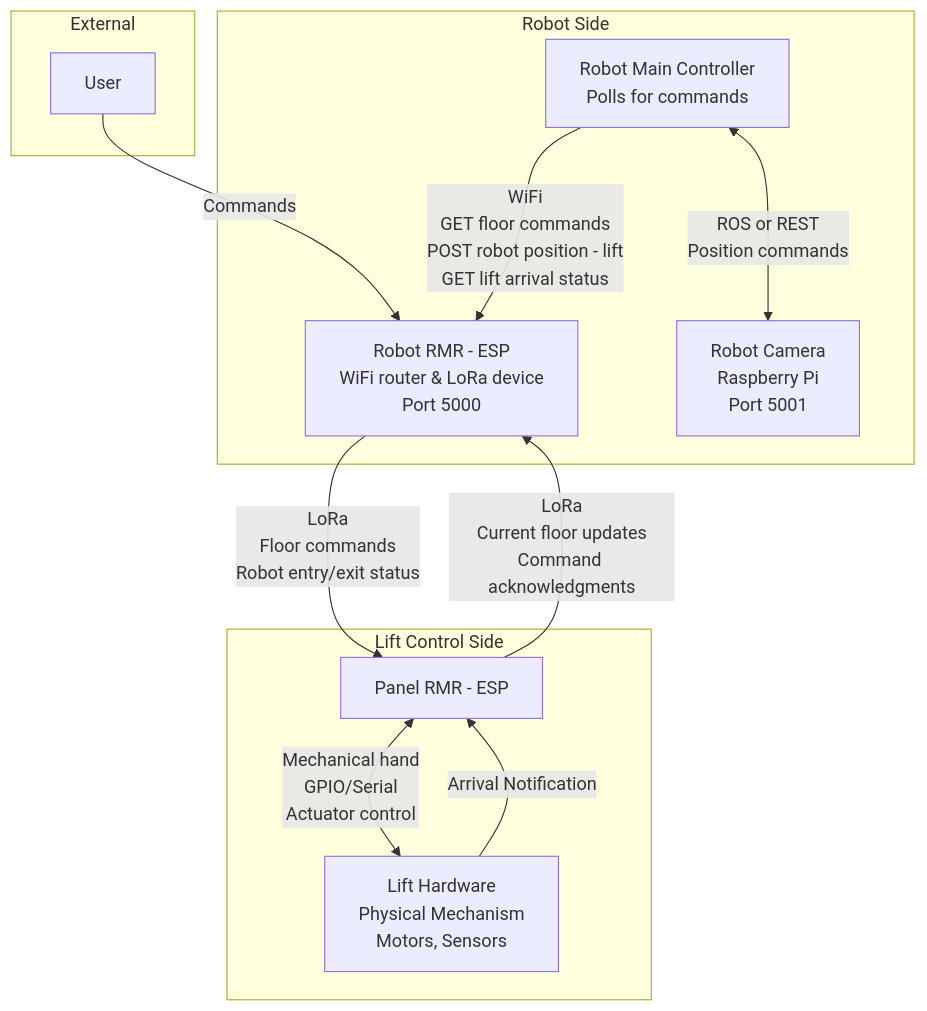
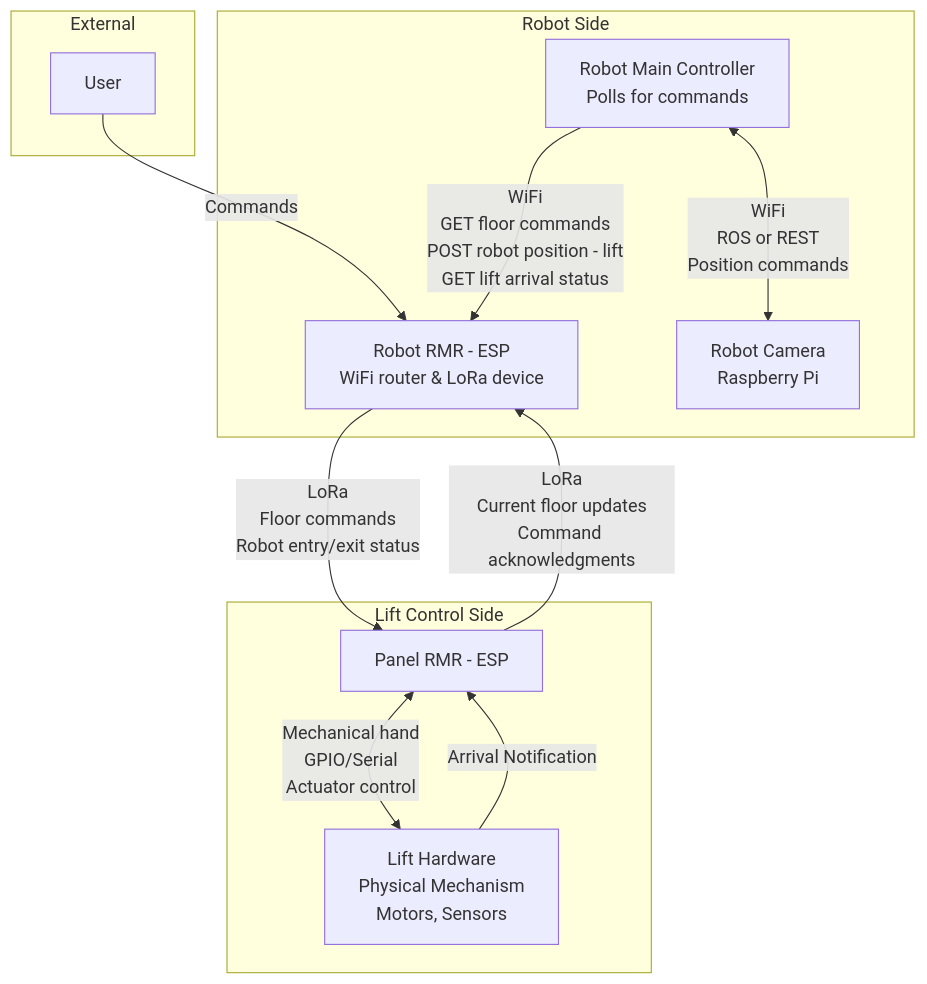
The first of 2 diagrams in sequence_diagram.md (in-is-ah/rmr), drawn with Mermaid before and after one commit.

Commit message:
Remove unnecessary line breaks in sequence diagram

````diff
--- a/sequence_diagram.md
+++ b/sequence_diagram.md
@@ -5,25 +5,25 @@
 ```mermaid
 graph TB
     subgraph "External"
         User[User]
     end
     
     subgraph "Robot Side"
-        RobotRMR[Robot RMR - ESP<br/>WiFi router & LoRa device<br/>Port 5000]
+        RobotRMR[Robot RMR - ESP<br/>WiFi router & LoRa device]
         RobotMainController[Robot Main Controller<br/>Polls for commands]
-        RobotCamera[Robot Camera<br/>Raspberry Pi<br/>Port 5001]
+        RobotCamera[Robot Camera<br/>Raspberry Pi]
     end
     
     subgraph "Lift Control Side"
         PanelRMR[Panel RMR - ESP]
         LiftHardware[Lift Hardware<br/>Physical Mechanism<br/>Motors, Sensors]
     end
     
     User -->|Commands| RobotRMR
     RobotMainController -->|WiFi<br/>GET floor commands<br/>POST robot position - lift<br/>GET lift arrival status| RobotRMR
-    RobotMainController <-->|ROS or REST<br/>Position commands| RobotCamera
+    RobotMainController <-->|WiFi<br/>ROS or REST<br/>Position commands| RobotCamera
     RobotRMR -->|LoRa<br/>Floor commands<br/>Robot entry/exit status| PanelRMR
     PanelRMR -->|LoRa<br/>Current floor updates<br/>Command acknowledgments| RobotRMR
     PanelRMR <-->|Mechanical hand<br/>GPIO/Serial<br/>Actuator control| LiftHardware
     LiftHardware -->|Arrival Notification| PanelRMR
 ```
````
